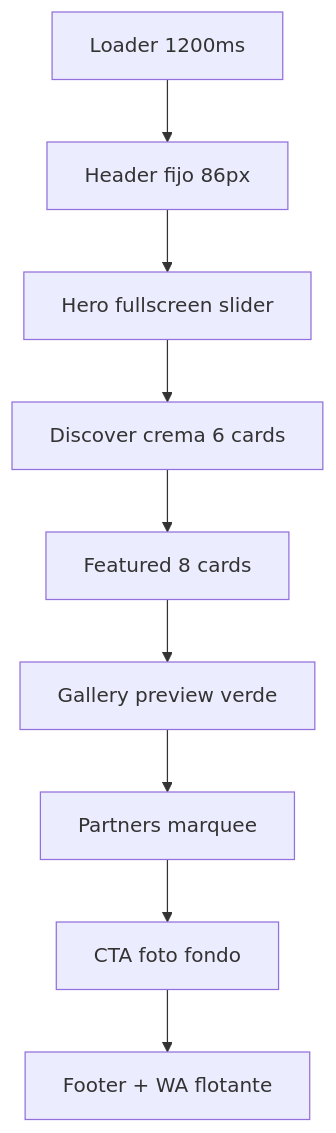
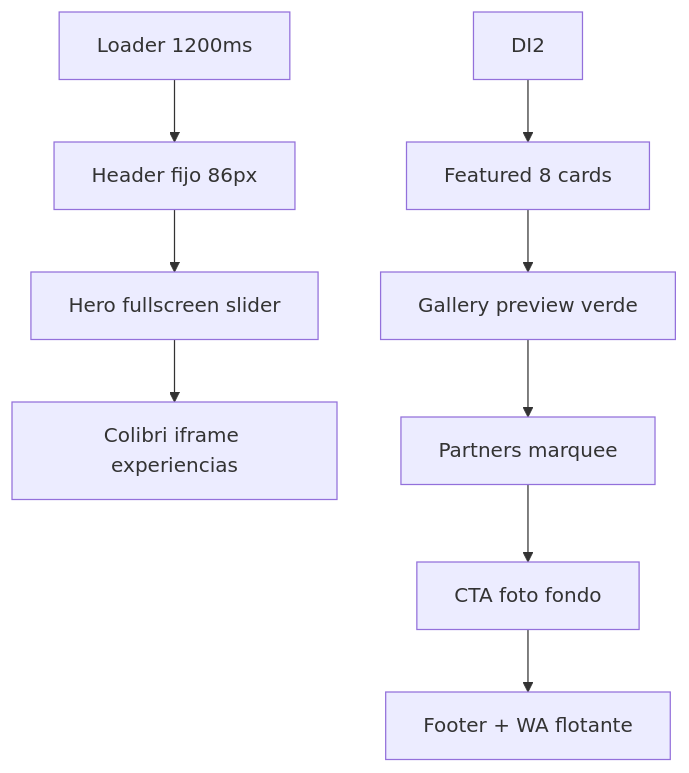
One commit to damianjose592/proyecto_manaure_vive changed the eighth of 10 diagrams in MEMORIA.md. Above: the diagram before and after it, drawn with Mermaid. The commit also changed other lines of this file and 39 other files, not shown here.

Commit message:
Colibri en portada: integra prototipo con altura dinamica, elimina Discover y filtro Descubre

````diff
--- a/MEMORIA.md
+++ b/MEMORIA.md
@@ -555,11 +557,11 @@
 ```mermaid
 flowchart TD
   L["Loader 1200ms"] --> HD["Header fijo 86px"]
   HD --> HE["Hero fullscreen slider"]
-  HE --> DI2["Discover crema 6 cards"]
+  HE --> CB2["Colibri iframe experiencias"]
   DI2 --> FE2["Featured 8 cards"]
   FE2 --> GA2["Gallery preview verde"]
   GA2 --> PA2["Partners marquee"]
   PA2 --> CT["CTA foto fondo"]
   CT --> FO["Footer + WA flotante"]
 ```
````
